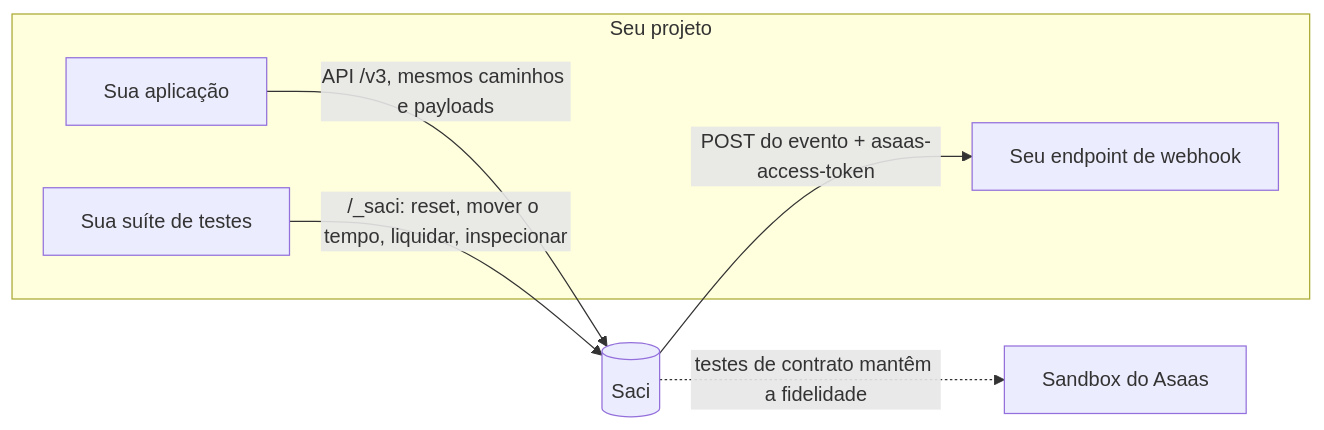
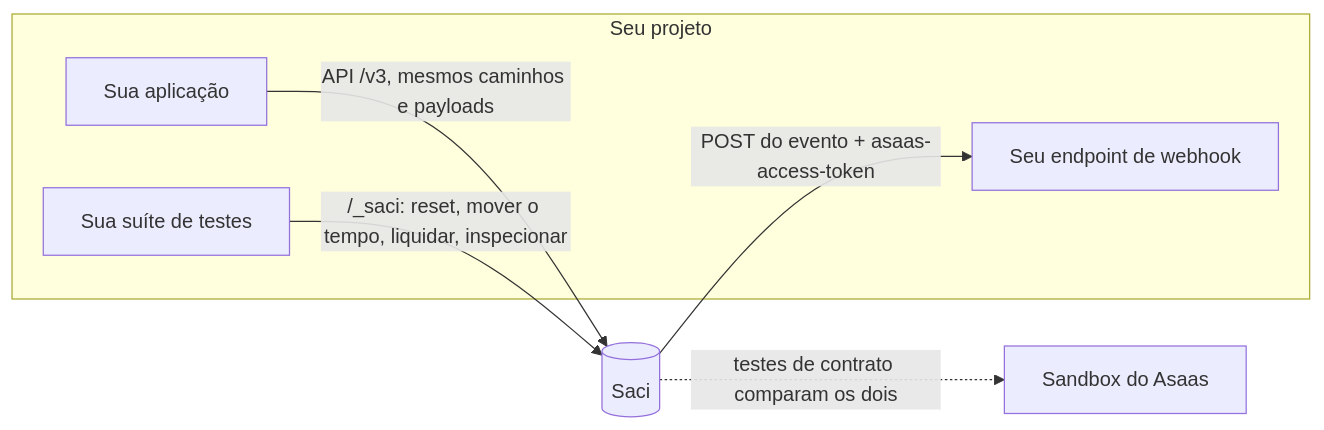
Before and after one commit to SpackiGabriel/asaas-emulator: the diagram in README.md, drawn with Mermaid. The commit also changed other lines of this file and 4 other files, not shown here.

````diff
--- a/README.md
+++ b/README.md
@@ -50,15 +57,15 @@
 ```mermaid
 flowchart LR
     subgraph seu [Seu projeto]
         app[Sua aplicação]
         hook[Seu endpoint de webhook]
         tests[Sua suíte de testes]
     end
     saci[(Saci)]
     sandbox[Sandbox do Asaas]
 
     app -- "API /v3, mesmos caminhos e payloads" --> saci
     saci -- "POST do evento + asaas-access-token" --> hook
     tests -- "/_saci: reset, mover o tempo, liquidar, inspecionar" --> saci
-    saci -. "testes de contrato mantêm a fidelidade" .-> sandbox
+    saci -. "testes de contrato comparam os dois" .-> sandbox
 ```
````
